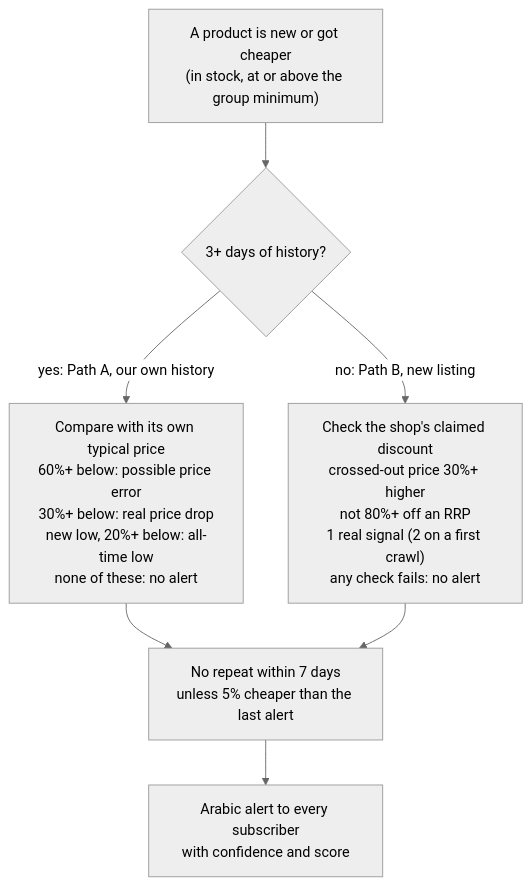
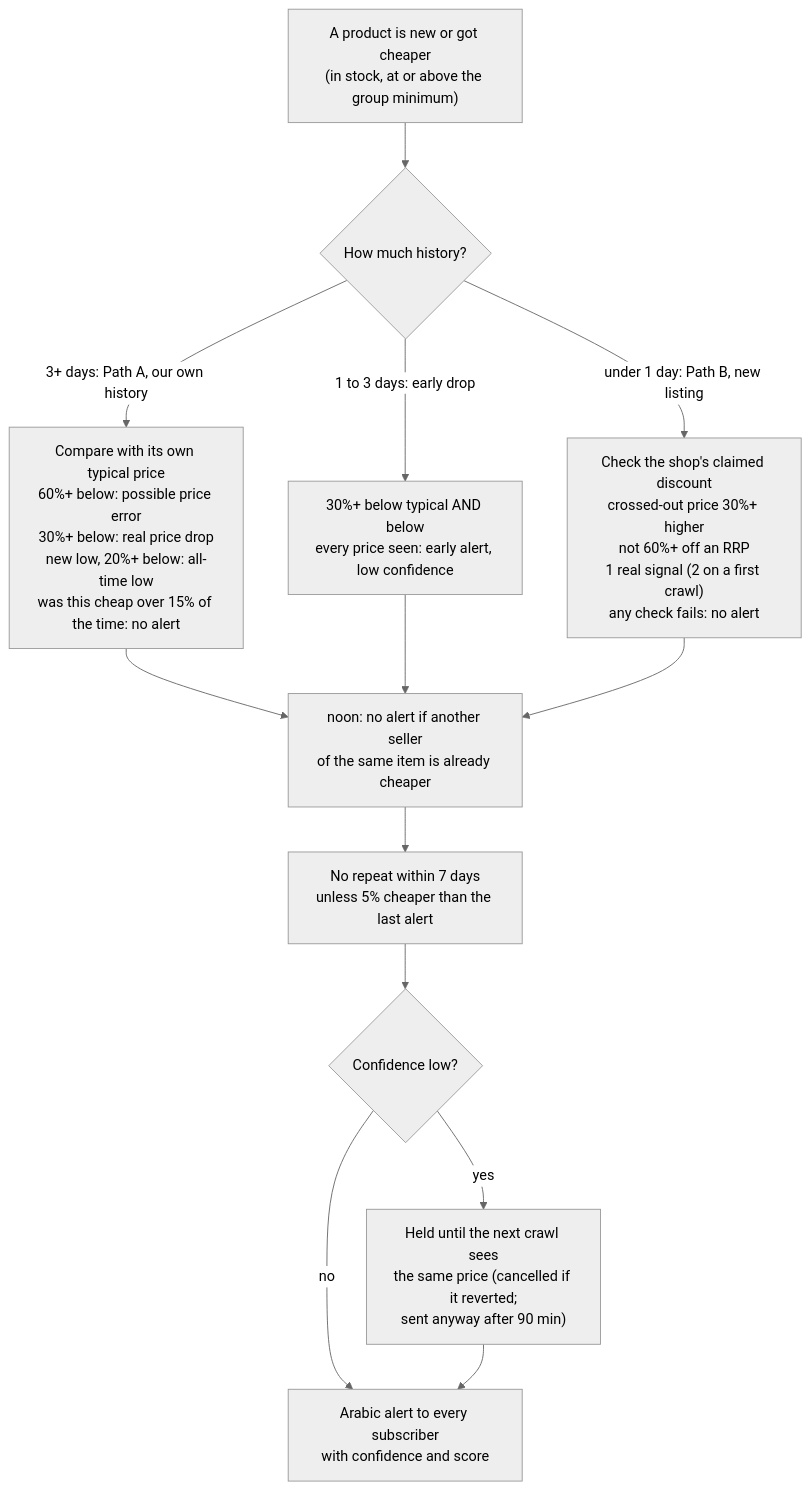
Before and after one commit to mohamed-mahmoud377/e-commerce-discounts-alert: the third of 3 diagrams in docs/GUIDE.md, drawn with Mermaid (neutral theme). The commit also changed other lines of this file and 10 other files, not shown here.

Commit message:
Smarter deal rules: rarity check, cheapest-seller check on noon, early-drop alerts, confirmation before low-confidence alerts, weaker evidence dropped, penny-noise filter

````diff
--- a/docs/GUIDE.md
+++ b/docs/GUIDE.md
@@ -456,9 +458,15 @@
 ```mermaid
 flowchart TB
-    t["A product is new or got cheaper<br/>(in stock, at or above the group minimum)"] --> h{"3+ days of history?"}
-    h -- "yes: Path A, our own history" --> a["Compare with its own typical price<br/>60%+ below: possible price error<br/>30%+ below: real price drop<br/>new low, 20%+ below: all-time low<br/>none of these: no alert"]
-    h -- "no: Path B, new listing" --> b["Check the shop's claimed discount<br/>crossed-out price 30%+ higher<br/>not 80%+ off an RRP<br/>1 real signal (2 on a first crawl)<br/>any check fails: no alert"]
-    a --> r["No repeat within 7 days<br/>unless 5% cheaper than the last alert"]
-    b --> r
-    r --> s["Arabic alert to every subscriber<br/>with confidence and score"]
+    t["A product is new or got cheaper<br/>(in stock, at or above the group minimum)"] --> h{"How much history?"}
+    h -- "3+ days: Path A, our own history" --> a["Compare with its own typical price<br/>60%+ below: possible price error<br/>30%+ below: real price drop<br/>new low, 20%+ below: all-time low<br/>was this cheap over 15% of the time: no alert"]
+    h -- "1 to 3 days: early drop" --> e["30%+ below typical AND below<br/>every price seen: early alert, low confidence"]
+    h -- "under 1 day: Path B, new listing" --> b["Check the shop's claimed discount<br/>crossed-out price 30%+ higher<br/>not 60%+ off an RRP<br/>1 real signal (2 on a first crawl)<br/>any check fails: no alert"]
+    a --> n["noon: no alert if another seller<br/>of the same item is already cheaper"]
+    e --> n
+    b --> n
+    n --> r["No repeat within 7 days<br/>unless 5% cheaper than the last alert"]
+    r --> c{"Confidence low?"}
+    c -- "yes" --> w["Held until the next crawl sees<br/>the same price (cancelled if it reverted;<br/>sent anyway after 90 min)"]
+    c -- "no" --> s["Arabic alert to every subscriber<br/>with confidence and score"]
+    w --> s
 ```
````
